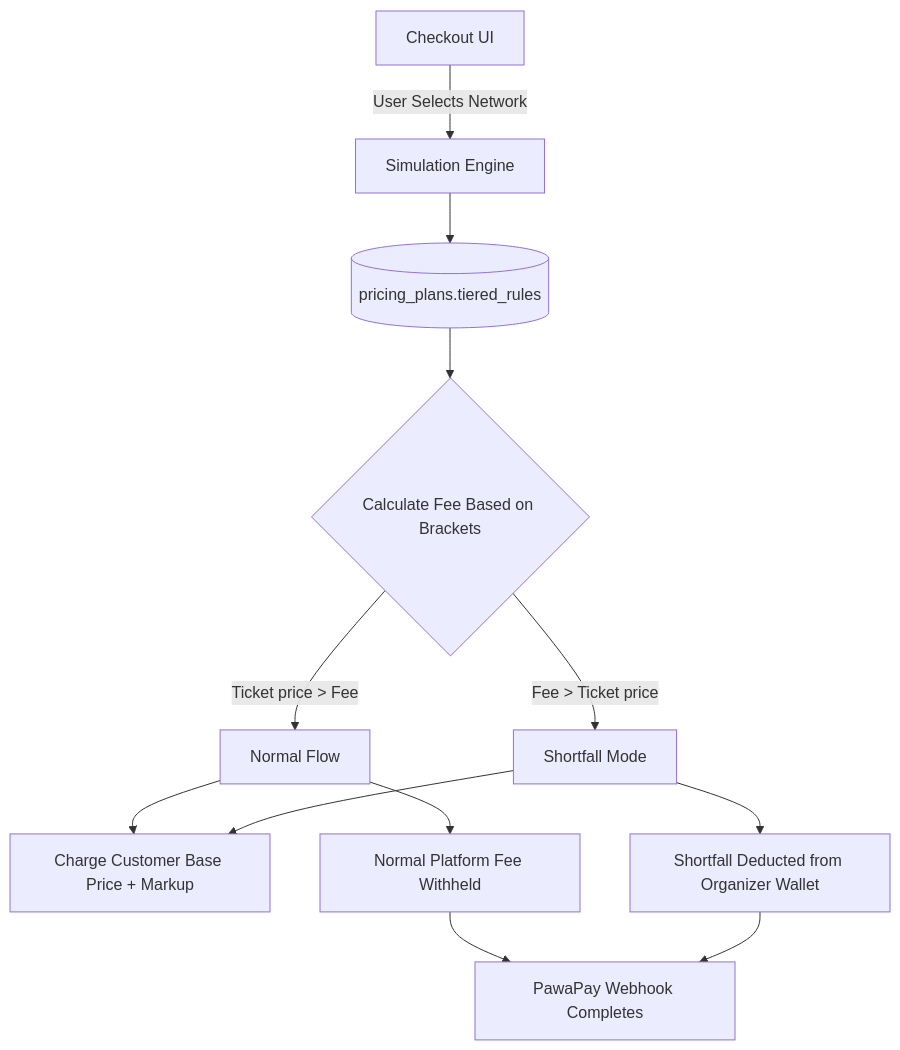
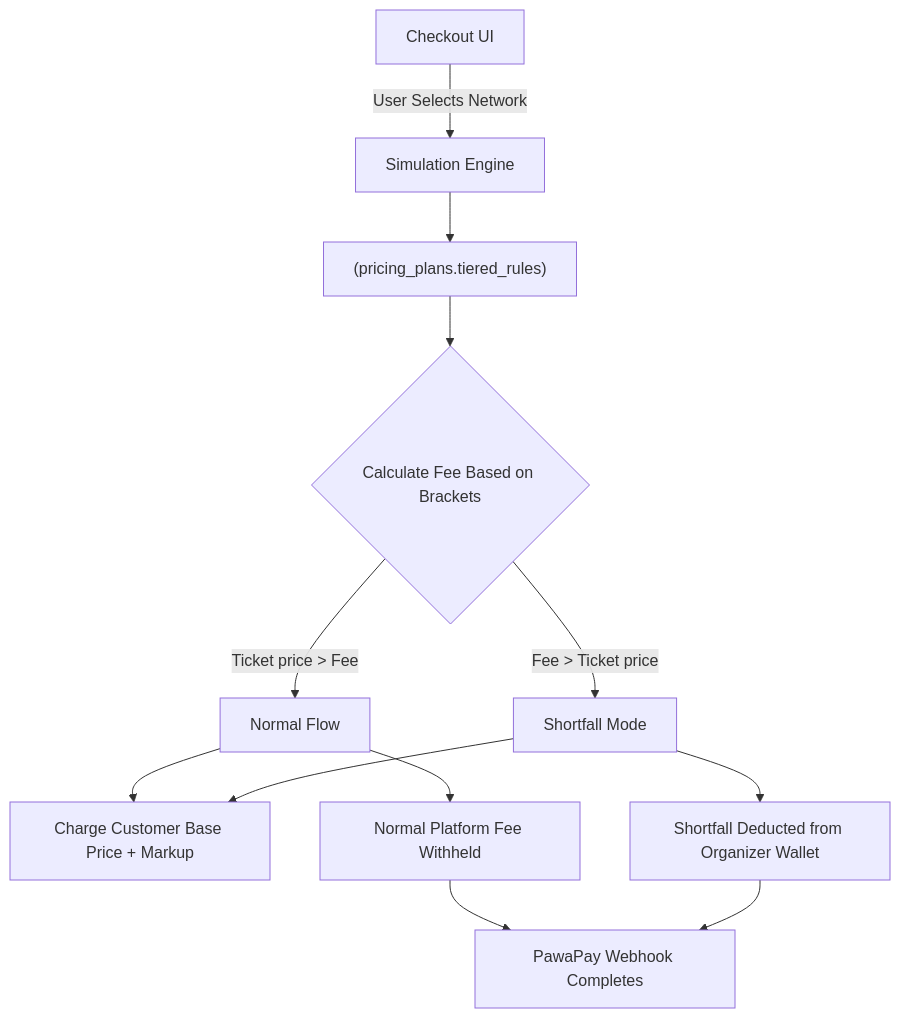
Before and after one commit to FEATHERS-GROUP/agatike-connect: diagram 14 of 57 in README.md, drawn with Mermaid. The commit also changed other lines of this file and 1 other file, not shown here.

````diff
--- a/README.md
+++ b/README.md
@@ -361,17 +361,17 @@
 ```mermaid
 flowchart TD
-    UI[Checkout UI] -->|User Selects Network| Sim[Simulation Engine]
-    Sim --> DB[(pricing_plans.tiered_rules)]
+    UI["Checkout UI"] -->|User Selects Network| Sim["Simulation Engine"]
+    Sim --> DB["(pricing_plans.tiered_rules)"]
     DB --> Calc{Calculate Fee Based on Brackets}
-    Calc -->|Ticket price > Fee| Normal[Normal Flow]
-    Calc -->|Fee > Ticket price| Shortfall[Shortfall Mode]
+    Calc -->|Ticket price > Fee| Normal["Normal Flow"]
+    Calc -->|Fee > Ticket price| Shortfall["Shortfall Mode"]
 
-    Normal --> ChargeCust[Charge Customer Base Price + Markup]
+    Normal --> ChargeCust["Charge Customer Base Price + Markup"]
     Shortfall --> ChargeCust
 
-    Normal --> OrgFee[Normal Platform Fee Withheld]
-    Shortfall --> OrgDeduct[Shortfall Deducted from Organizer Wallet]
+    Normal --> OrgFee["Normal Platform Fee Withheld"]
+    Shortfall --> OrgDeduct["Shortfall Deducted from Organizer Wallet"]
 
-    OrgFee --> Webhook[PawaPay Webhook Completes]
+    OrgFee --> Webhook["PawaPay Webhook Completes"]
     OrgDeduct --> Webhook
 ```
````
